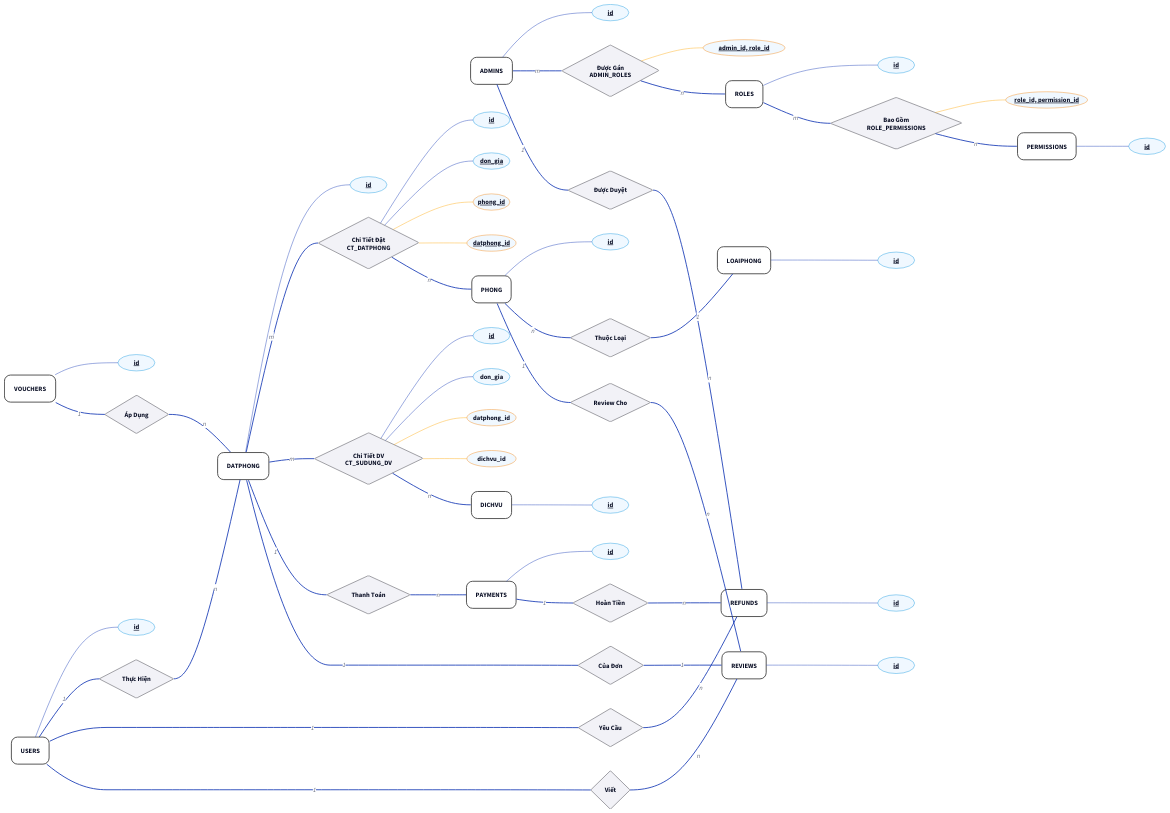
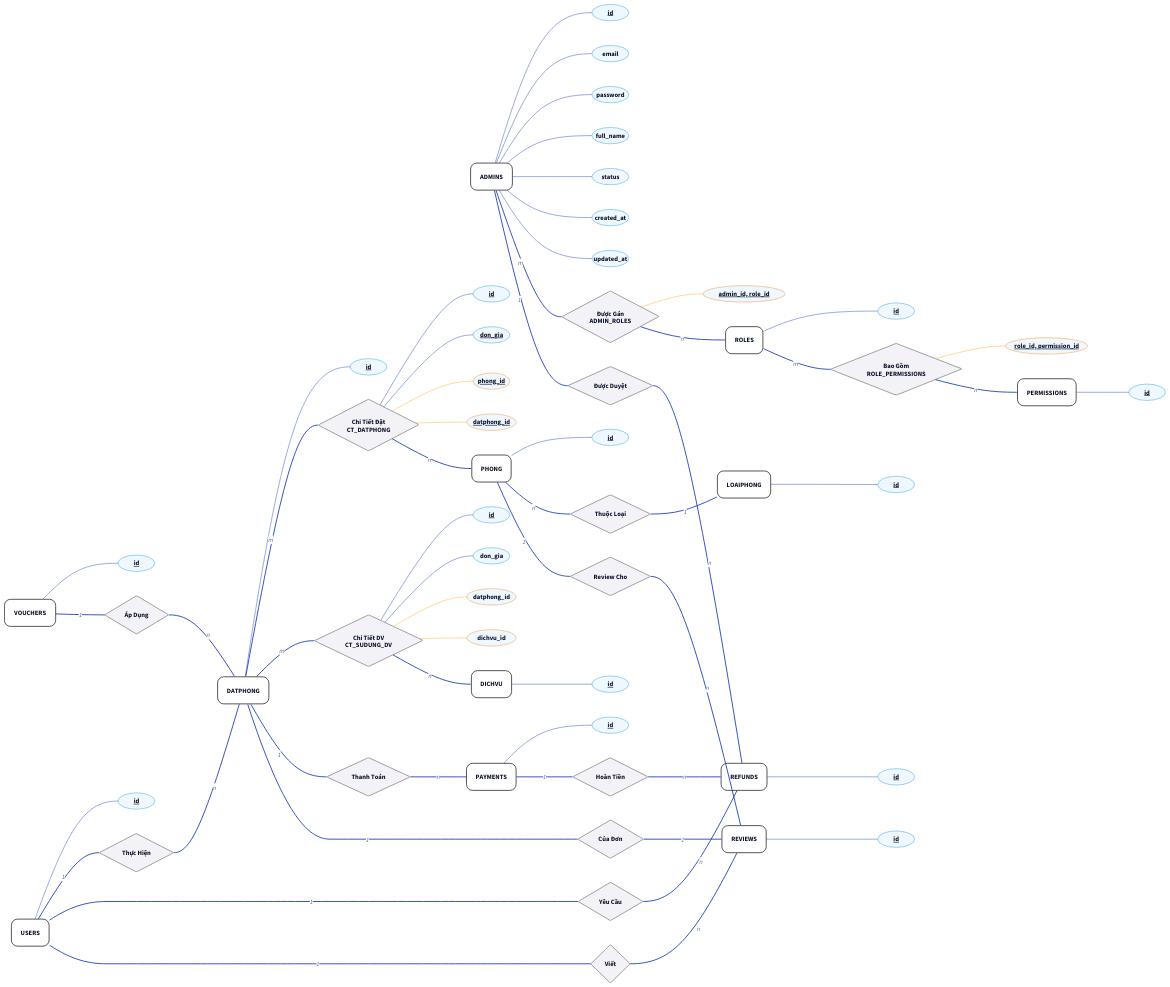
The diagram in baocao/content/diagrams/ch02-ER.d2 (sam-uit/ie103-project-report), drawn with D2 before and after one commit. The commit also changed 1 other file, not shown here.

```diff
--- a/baocao/content/diagrams/ch02-ER.d2
+++ b/baocao/content/diagrams/ch02-ER.d2
@@ -112,10 +112,24 @@
 # --- 2. ENTITIES (THỰC THỂ) ---
 # Dựa trên init_tables.sql và tài liệu mô tả
 
+# MARK: ADMINS
 ADMINS: {class: entity; label: "ADMINS"}
 admin_id: {class: attr_pri; label: "id"}
+admin_email: {class: attr; label: "email"}
+admin_password: {class: attr; label: "password"}
+admin_full_name: {class: attr; label: "full_name"}
+admin_status: {class: attr; label: "status"}
+admin_created_at: {class: attr; label: "created_at"}
+admin_updated_at: {class: attr; label: "updated_at"}
 ADMINS -- admin_id: {style: {stroke-width: 1}}
+ADMINS -- admin_email: {style: {stroke-width: 1}}
+ADMINS -- admin_password: {style: {stroke-width: 1}}
+ADMINS -- admin_full_name: {style: {stroke-width: 1}}
+ADMINS -- admin_status: {style: {stroke-width: 1}}
+ADMINS -- admin_created_at: {style: {stroke-width: 1}}
+ADMINS -- admin_updated_at: {style: {stroke-width: 1}}
 
+# MARK: ROLES
 ROLES: {class: entity; label: "ROLES"}
 role_id: {class: attr_pri; label: "id"}
 ROLES -- role_id: {style: {stroke-width: 1}}
```
